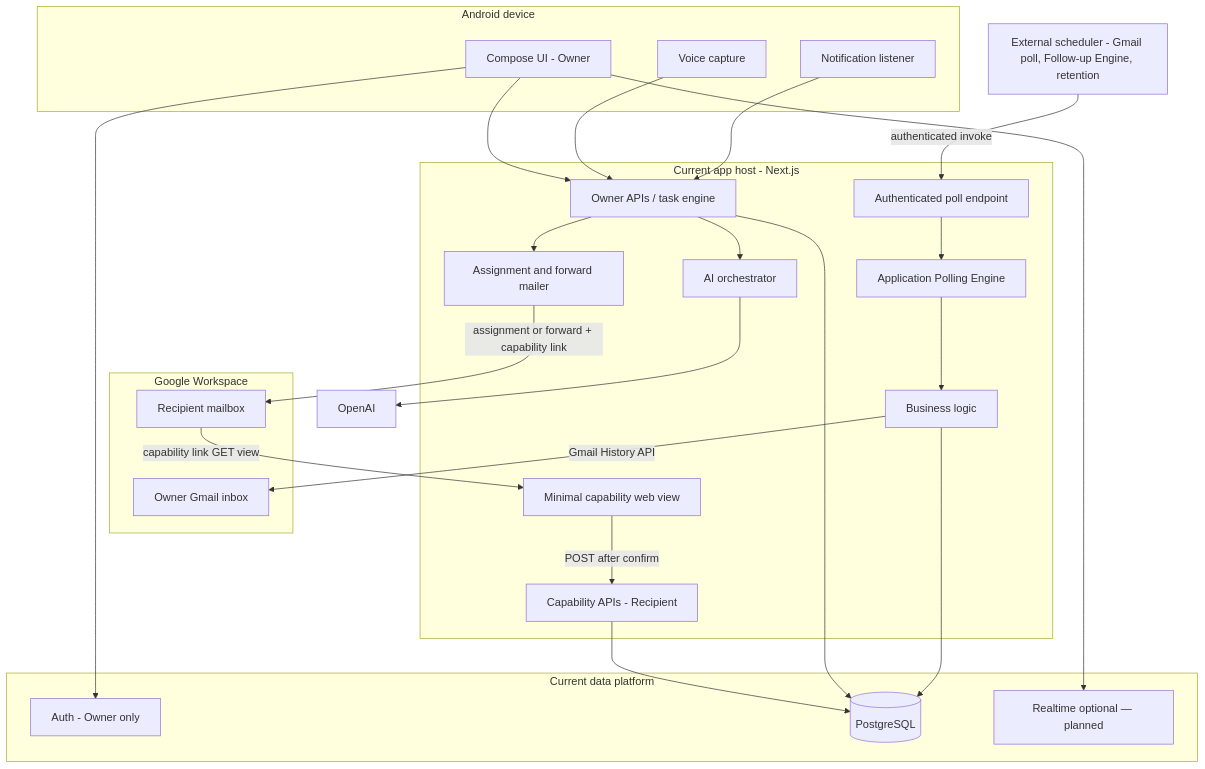
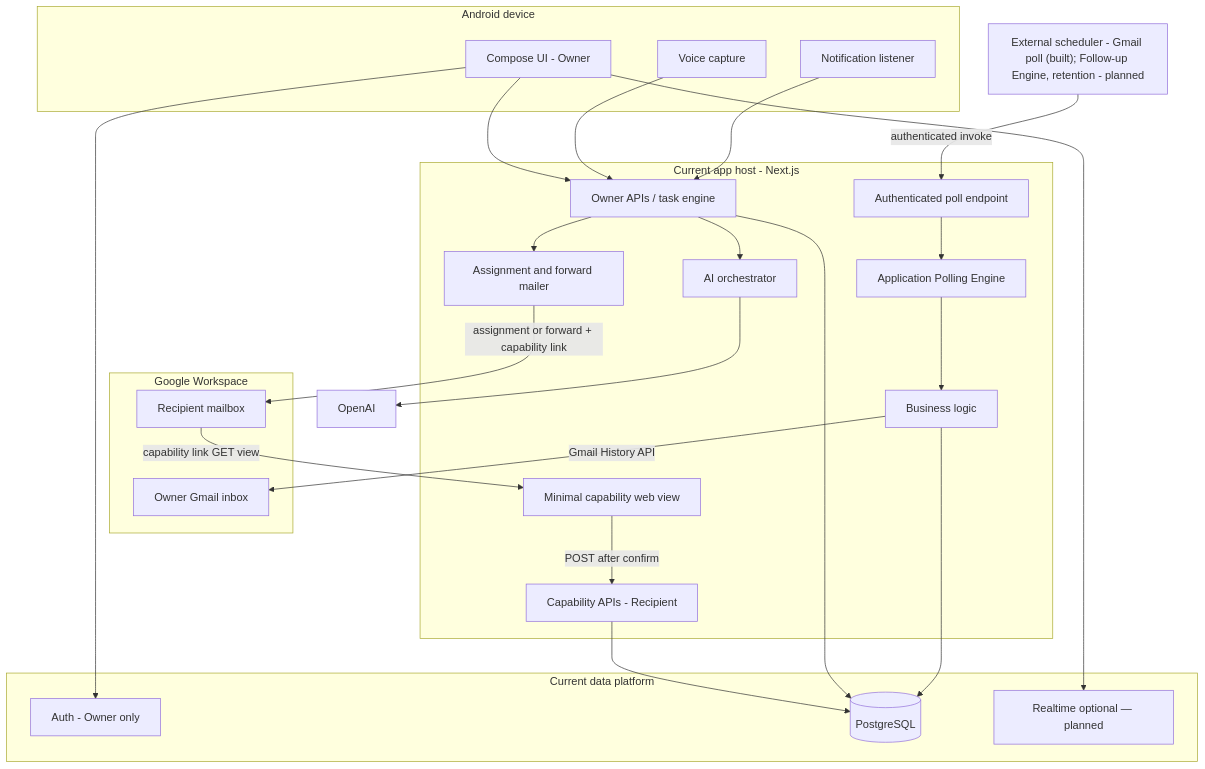
Before and after one commit to clayton-web/rocket-communicator: the diagram in docs/ARCHITECTURE.md, drawn with Mermaid. The commit also changed other lines of this file and 17 other files, not shown here.

````diff
--- a/docs/ARCHITECTURE.md
+++ b/docs/ARCHITECTURE.md
@@ -229,53 +239,53 @@
 ```mermaid
 flowchart TB
   subgraph Device["Android device"]
     NL["Notification listener"]
     Voice["Voice capture"]
     AppUI["Compose UI - Owner"]
   end
 
   subgraph Google["Google Workspace"]
     Gmail["Owner Gmail inbox"]
     RecipientMail["Recipient mailbox"]
   end
 
   subgraph Host["Current app host - Next.js"]
     API["Owner APIs / task engine"]
     PollEndpoint["Authenticated poll endpoint"]
     PollEngine["Application Polling Engine"]
     BusinessLogic["Business logic"]
     CapAPI["Capability APIs - Recipient"]
     CapView["Minimal capability web view"]
     AI["AI orchestrator"]
     Mailer["Assignment and forward mailer"]
   end
 
   subgraph Data["Current data platform"]
     Auth["Auth - Owner only"]
     DB[("PostgreSQL")]
     RT["Realtime optional — planned"]
   end
 
-  Scheduler["External scheduler - Gmail poll, Follow-up Engine, retention"]
+  Scheduler["External scheduler - Gmail poll (built); Follow-up Engine, retention - planned"]
   OpenAI["OpenAI"]
 
   NL --> API
   Voice --> API
   AppUI --> Auth
   AppUI --> API
   AppUI --> RT
 
   Scheduler -->|authenticated invoke| PollEndpoint
   PollEndpoint --> PollEngine
   PollEngine --> BusinessLogic
   BusinessLogic -->|Gmail History API| Gmail
   BusinessLogic --> DB
   API --> DB
   API --> AI
   AI --> OpenAI
   API --> Mailer
   Mailer -->|assignment or forward + capability link| RecipientMail
   RecipientMail -->|capability link GET view| CapView
   CapView -->|POST after confirm| CapAPI
   CapAPI --> DB
 ```
````
